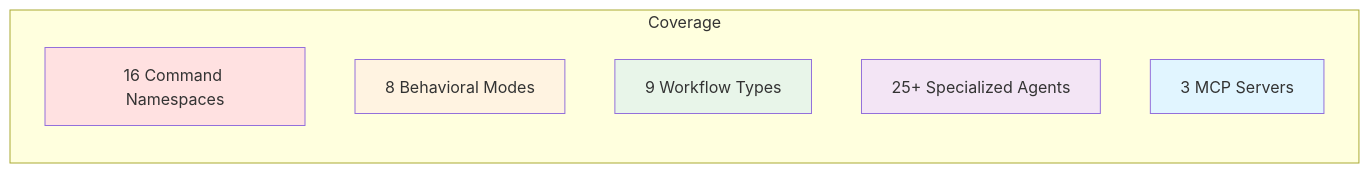
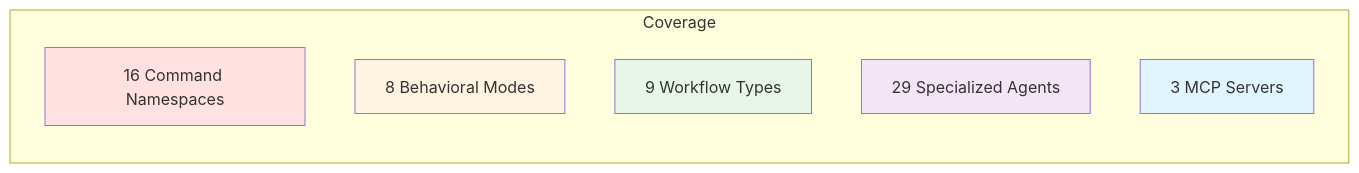
One commit to NickCrew/Claude-Cortex changed the eighth of 9 diagrams in docs/reference/architecture/architecture-diagrams.md. Above: the diagram before and after it, drawn with Mermaid. The commit also changed other lines of this file and 199 other files, not shown here.

````diff
--- a/docs/reference/architecture/architecture-diagrams.md
+++ b/docs/reference/architecture/architecture-diagrams.md
@@ -409,16 +409,16 @@
 ```mermaid
 graph LR
     subgraph "Coverage"
         A[16 Command Namespaces]
         B[8 Behavioral Modes]
         C[9 Workflow Types]
-        D[25+ Specialized Agents]
+        D[29 Specialized Agents]
         E[3 MCP Servers]
     end
 
     style A fill:#ffe1e1
     style B fill:#fff3e1
     style C fill:#e8f5e9
     style D fill:#f3e5f5
     style E fill:#e1f5ff
 ```
````
